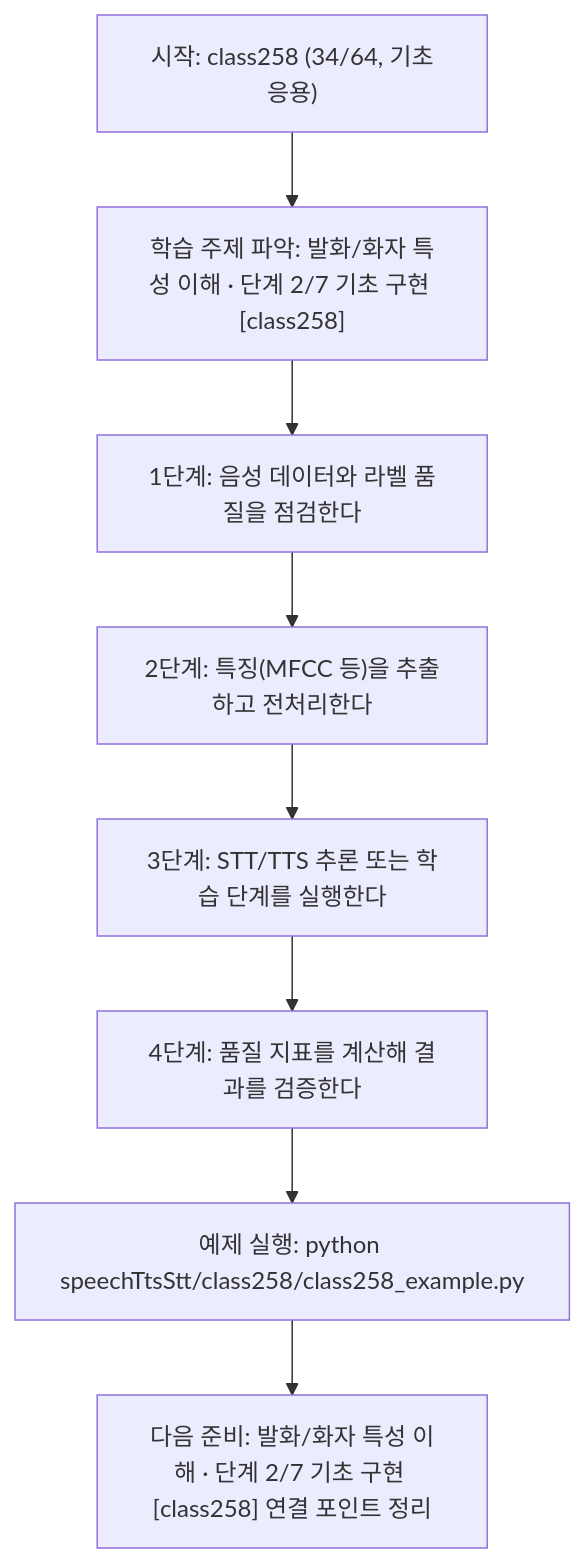
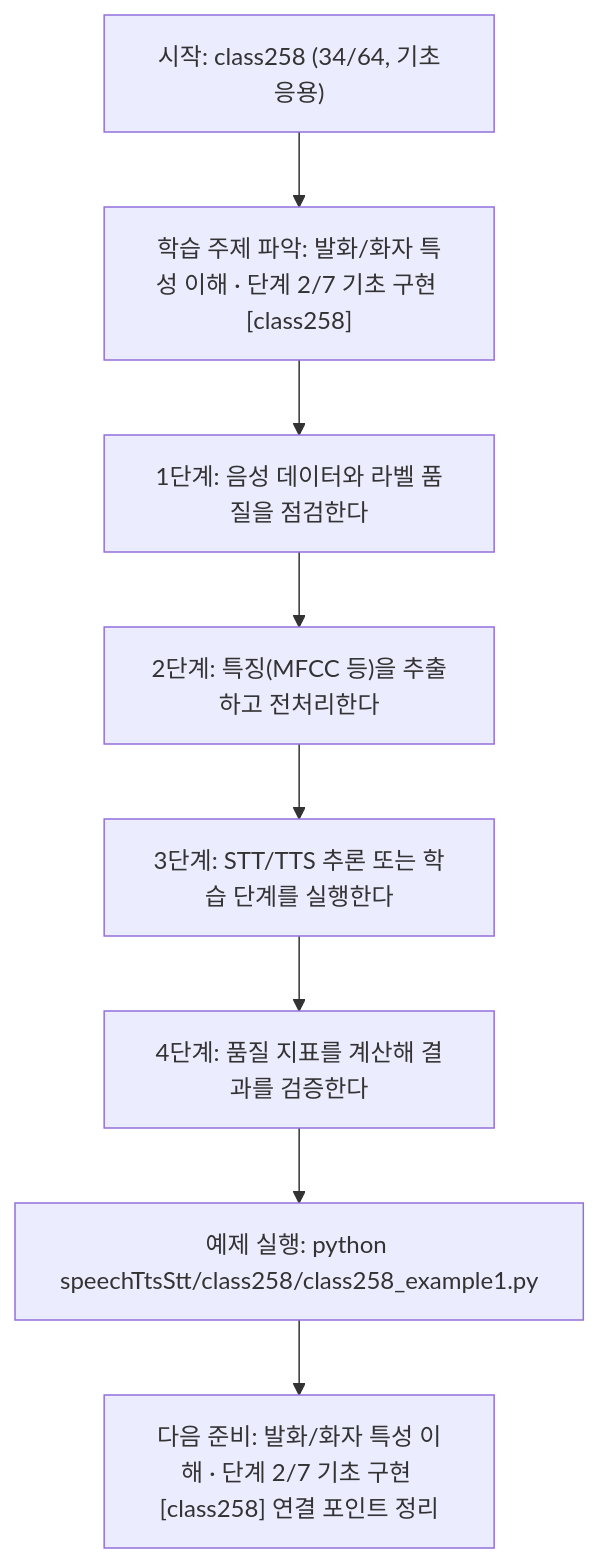
The diagram in speechTtsStt/class258/class258.md (edumgt/Python-AI_Agent-Class), drawn with Mermaid before and after one commit. The commit also changed other lines of this file and 2959 other files, not shown here.

````diff
--- a/speechTtsStt/class258/class258.md
+++ b/speechTtsStt/class258/class258.md
@@ -115,18 +115,18 @@
 ```mermaid
 flowchart TD
 N1["시작: class258 (34/64, 기초응용)"]
 N2["학습 주제 파악: 발화/화자 특성 이해 · 단계 2/7 기초 구현 [class258]"]
 N3["1단계: 음성 데이터와 라벨 품질을 점검한다"]
 N4["2단계: 특징(MFCC 등)을 추출하고 전처리한다"]
 N5["3단계: STT/TTS 추론 또는 학습 단계를 실행한다"]
 N6["4단계: 품질 지표를 계산해 결과를 검증한다"]
-N7["예제 실행: python speechTtsStt/class258/class258_example.py"]
+N7["예제 실행: python speechTtsStt/class258/class258_example1.py"]
 N8["다음 준비: 발화/화자 특성 이해 · 단계 2/7 기초 구현 [class258] 연결 포인트 정리"]
 N1 --> N2
 N2 --> N3
 N3 --> N4
 N4 --> N5
 N5 --> N6
 N6 --> N7
 N7 --> N8
 ```
````
